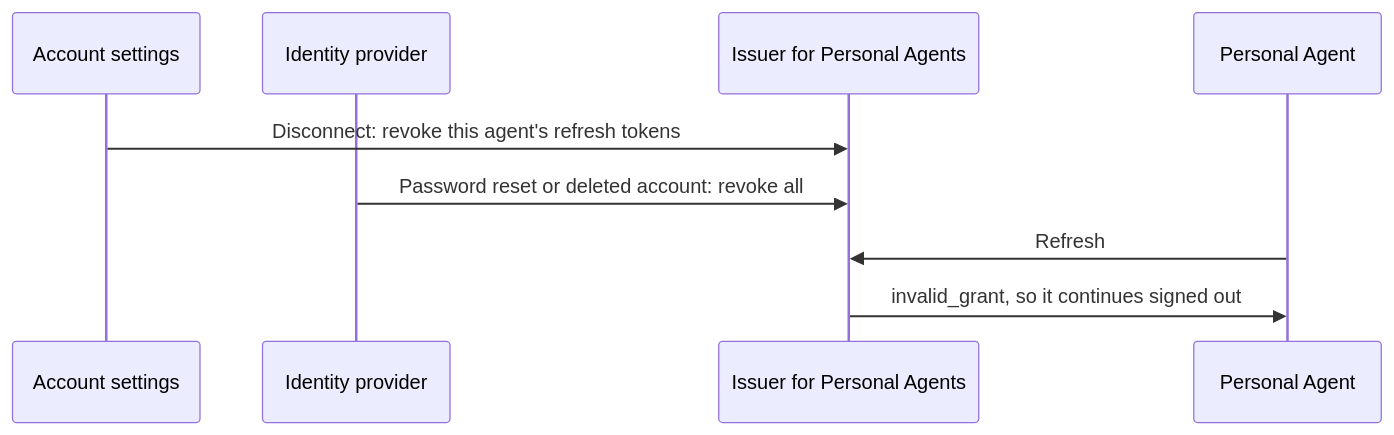
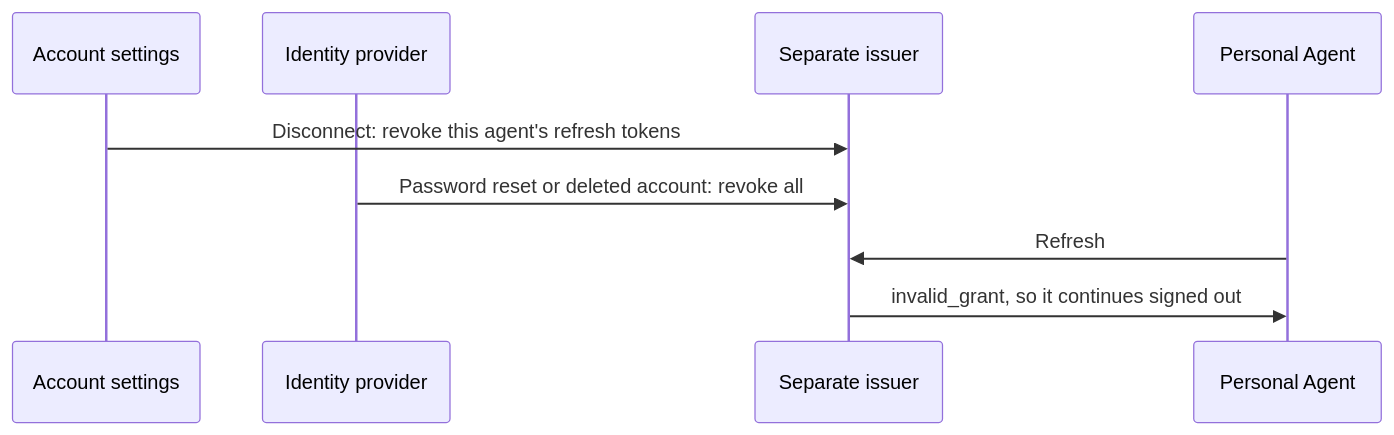
One commit to gaokevin1/personal-agent-protocol changed the eighth of 8 diagrams in kit/company/patterns/identity-provider.md. Above: the diagram before and after it, drawn with Mermaid. The commit also changed other lines of this file and 5 other files, not shown here.

````diff
--- a/kit/company/patterns/identity-provider.md
+++ b/kit/company/patterns/identity-provider.md
@@ -188,11 +205,11 @@
 ```mermaid
 sequenceDiagram
   participant W as Account settings
   participant IdP as Identity provider
-  participant AS as Issuer for Personal Agents
+  participant AS as Separate issuer
   participant PA as Personal Agent
   W->>AS: Disconnect: revoke this agent's refresh tokens
   IdP->>AS: Password reset or deleted account: revoke all
   PA->>AS: Refresh
   AS->>PA: invalid_grant, so it continues signed out
 ```
````
